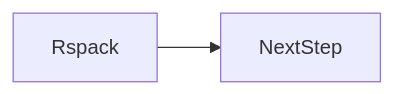
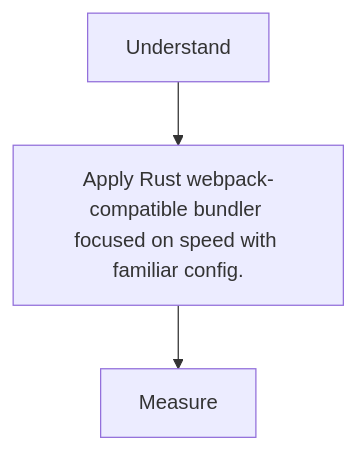
Before and after one commit to OmidJavaherii/Frontend-Engineering-Handbook: the second of 2 diagrams in docs/en/14-build-tools/rspack/index.md, drawn with Mermaid. The commit also changed other lines of this file and 461 other files, not shown here.

````diff
--- a/docs/en/14-build-tools/rspack/index.md
+++ b/docs/en/14-build-tools/rspack/index.md
@@ -95,4 +106,5 @@
 ```mermaid
-flowchart LR
-  concept[Rspack] --> nextStep[NextStep]
+flowchart TD
+  A[Understand] --> B[Apply Rust webpack-compatible bundler focused on speed with familiar config.]
+  B --> C[Measure]
 ```
````
